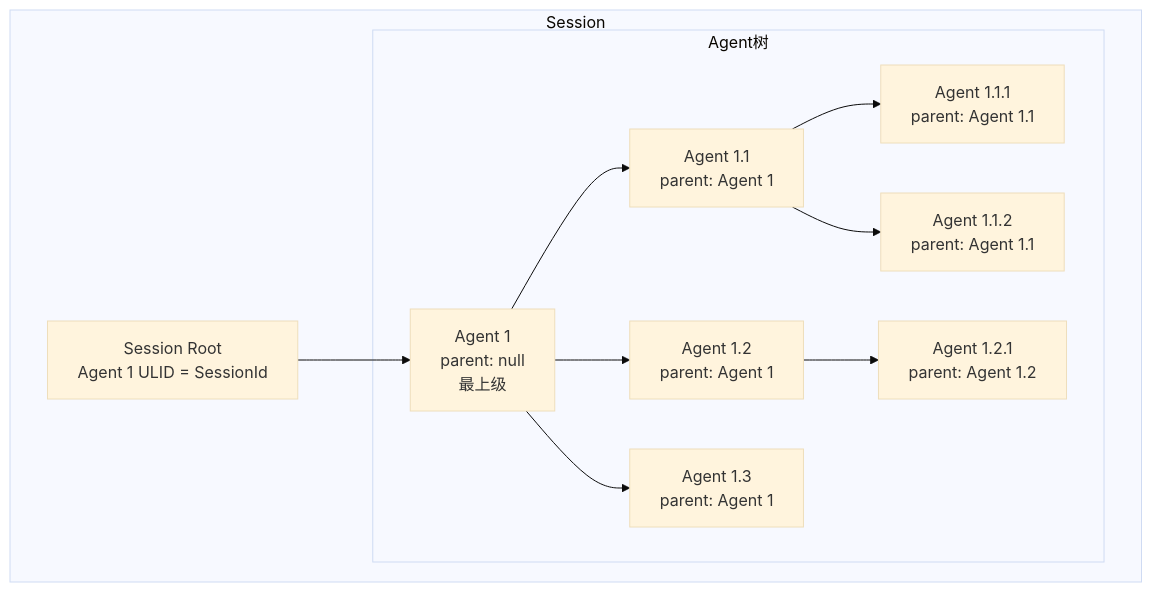
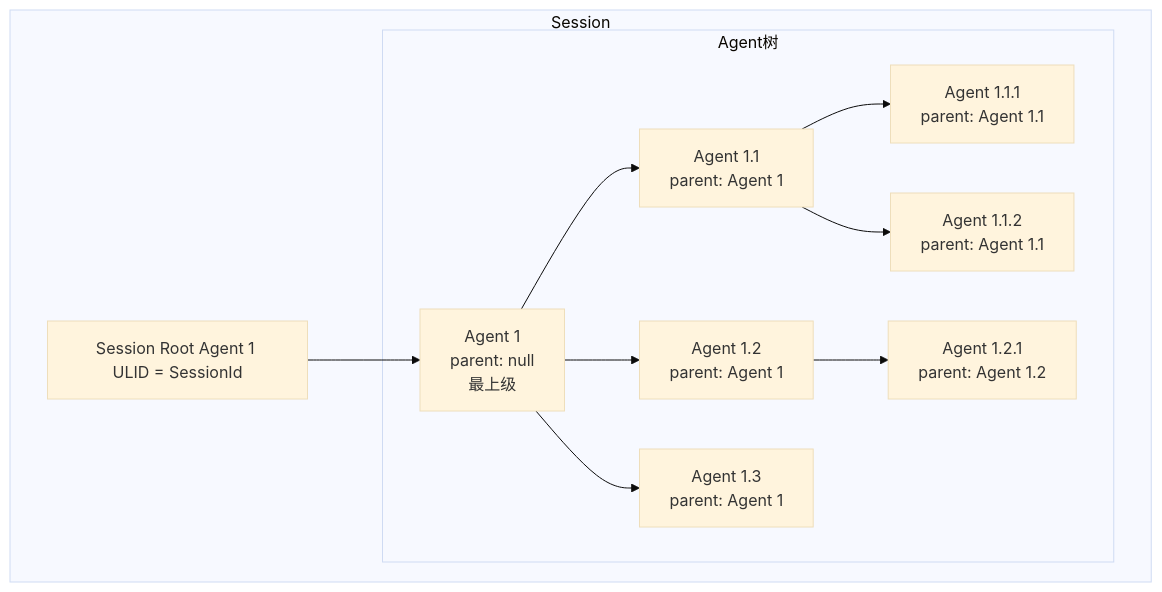
Before and after one commit to MiyakoMeow/neoco: the second of 2 diagrams in progress/TECH-AGENT.md, drawn with Mermaid (base theme). The commit also changed other lines of this file and 6 other files, not shown here.

````diff
--- a/progress/TECH-AGENT.md
+++ b/progress/TECH-AGENT.md
@@ -49,36 +49,35 @@
 ```mermaid
 graph TB
     subgraph "Session"
-        S[Session Root
-           Agent 1 ULID = SessionId]
+        S[Session Root Agent 1 ULID = SessionId]
         
         subgraph "Agent树"
             A1[Agent 1
                parent: null
                最上级]
             
             A2[Agent 1.1
                parent: Agent 1]
             A3[Agent 1.2
                parent: Agent 1]
             A4[Agent 1.3
                parent: Agent 1]
             
             A5[Agent 1.1.1
                parent: Agent 1.1]
             A6[Agent 1.1.2
                parent: Agent 1.1]
             
             A7[Agent 1.2.1
                parent: Agent 1.2]
         end
     end
     
     S --> A1
     A1 --> A2
     A1 --> A3
     A1 --> A4
     A2 --> A5
     A2 --> A6
     A3 --> A7
 ```
````
